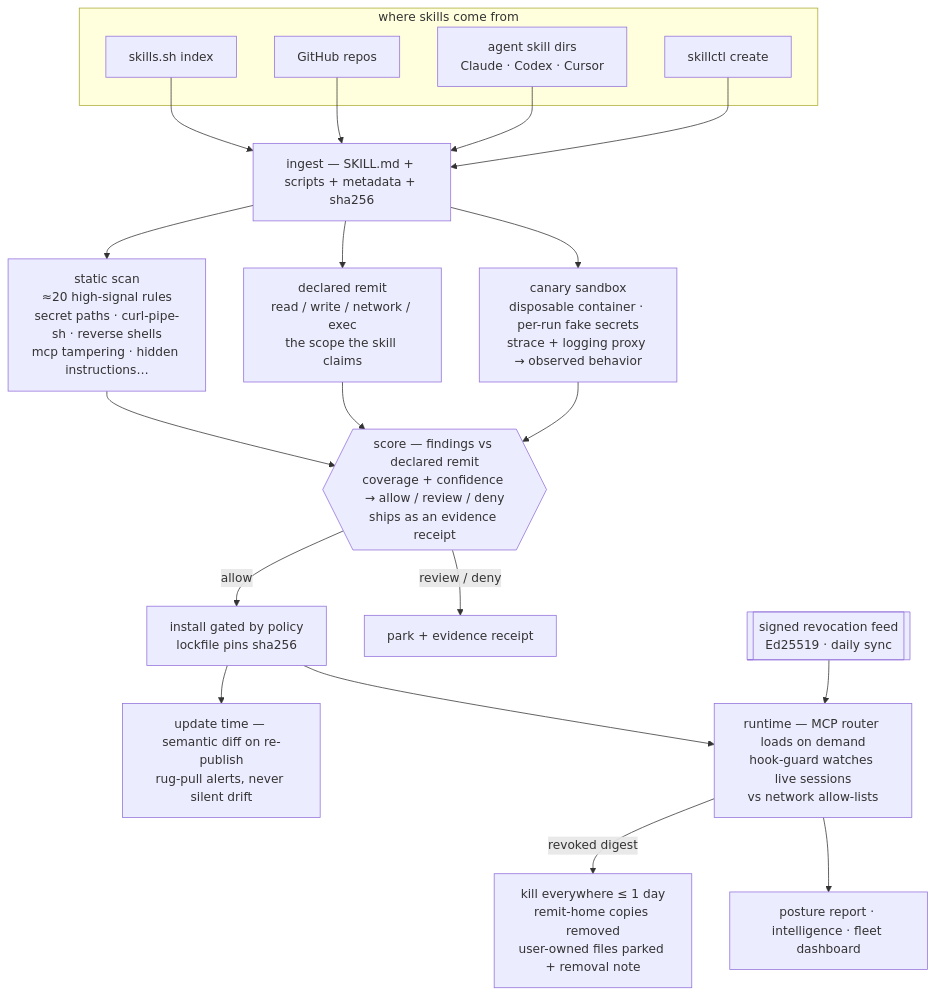
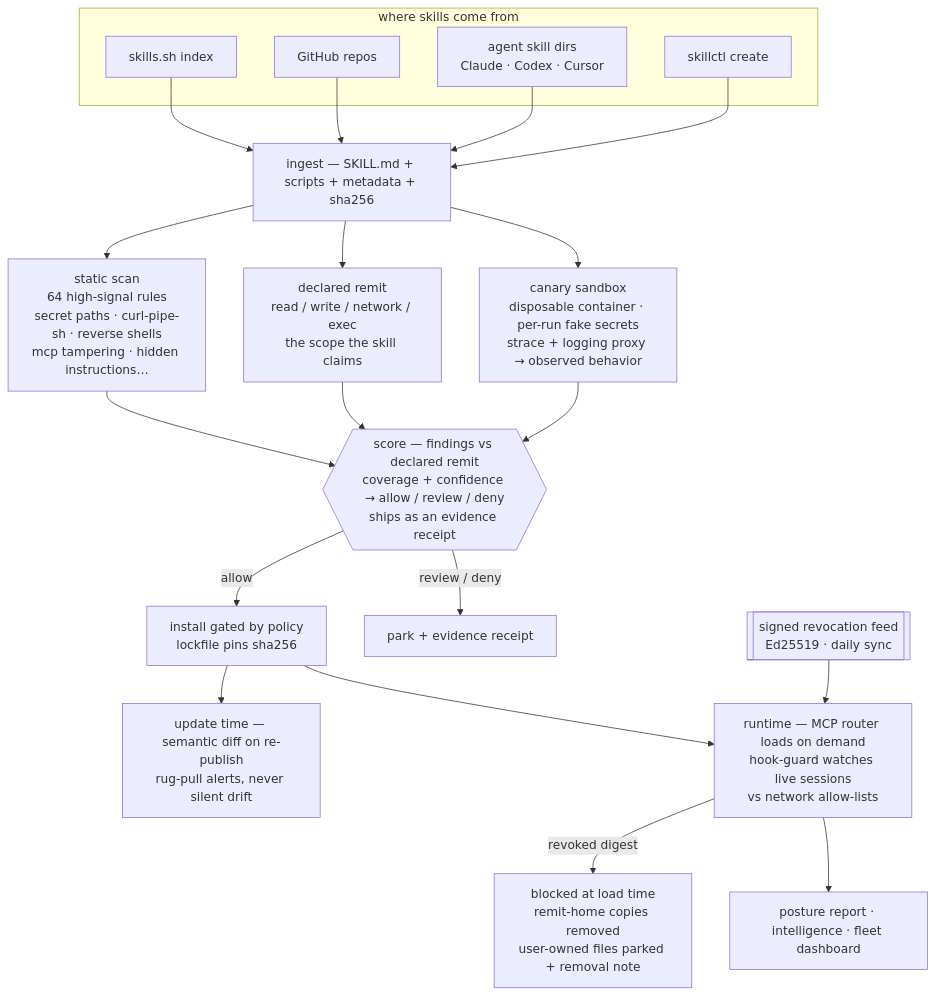
One commit to remitlabs/remitlabs.github.io changed the diagram in README.md. Above: the diagram before and after it, drawn with Mermaid. The commit also changed other lines of this file and 1 other file, not shown here.

````diff
--- a/README.md
+++ b/README.md
@@ -11,33 +11,33 @@
 ```mermaid
 flowchart TD
   subgraph SRC[where skills come from]
     A1[skills.sh index]
     A2[GitHub repos]
     A3[agent skill dirs<br/>Claude · Codex · Cursor]
     A4[skillctl create]
   end
   A1 --> IN
   A2 --> IN
   A3 --> IN
   A4 --> IN
 
   IN[ingest — SKILL.md + scripts + metadata + sha256]
 
-  IN --> SS[static scan<br/>≈20 high-signal rules<br/>secret paths · curl-pipe-sh · reverse shells<br/>mcp tampering · hidden instructions…]
+  IN --> SS[static scan<br/>64 high-signal rules<br/>secret paths · curl-pipe-sh · reverse shells<br/>mcp tampering · hidden instructions…]
   IN --> RF[declared remit<br/>read / write / network / exec<br/>the scope the skill claims]
   IN --> CN[canary sandbox<br/>disposable container · per-run fake secrets<br/>strace + logging proxy → observed behavior]
 
   SS --> SC{{score — findings vs declared remit<br/>coverage + confidence → allow / review / deny<br/>ships as an evidence receipt}}
   RF --> SC
   CN --> SC
 
   SC -->|allow| INS[install gated by policy<br/>lockfile pins sha256]
   SC -->|review / deny| PK[park + evidence receipt]
 
   INS --> UP[update time — semantic diff on re-publish<br/>rug-pull alerts, never silent drift]
   INS --> RT[runtime — MCP router loads on demand<br/>hook-guard watches live sessions<br/>vs network allow-lists]
 
   FD[[signed revocation feed<br/>Ed25519 · daily sync]] --> RT
-  RT -->|revoked digest| KILL[kill everywhere ≤ 1 day<br/>remit-home copies removed<br/>user-owned files parked + removal note]
+  RT -->|revoked digest| KILL[blocked at load time<br/>remit-home copies removed<br/>user-owned files parked + removal note]
   RT --> REP[posture report · intelligence · fleet dashboard]
 ```
````
